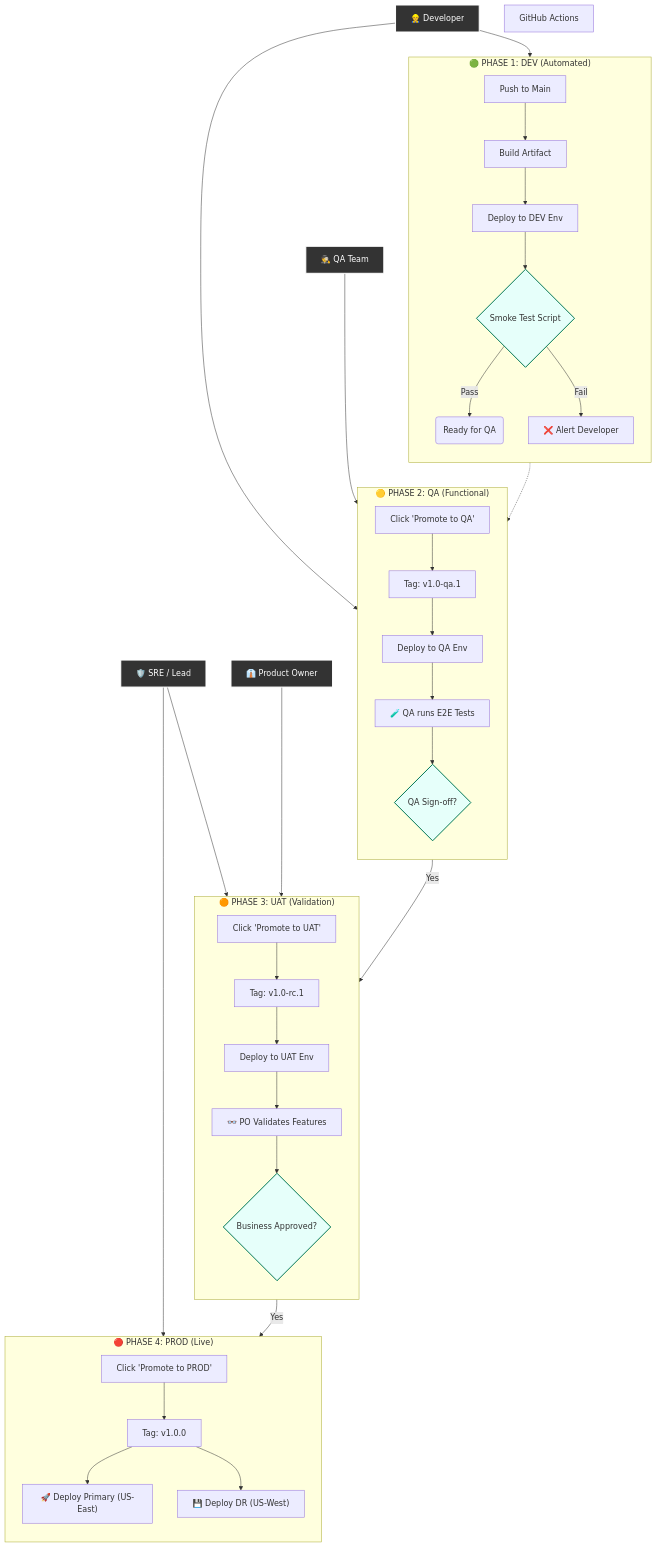
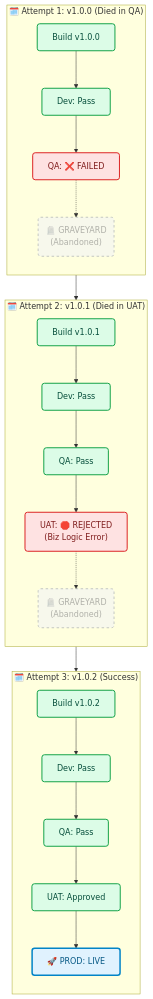
Before and after one commit to adrian-cabrera-wizeline/aws-lambda-template: the fourth of 4 diagrams in README.md, drawn with Mermaid. The commit also changed other lines of this file, not shown here.

Commit message:
chore: updated readme with new diagrams for CI/CD workflows

````diff
--- a/README.md
+++ b/README.md
@@ -594,77 +754,50 @@
 ```mermaid
+
 flowchart TD
-    %% --- ACTORS ---
-    Dev[👷 Developer]
-    QA_Team[🕵️ QA Team]
-    PO[👔 Product Owner]
-    SRE[🛡️ SRE / Lead]
-    
-    %% --- SYSTEMS ---
-    GH[GitHub Actions]
-    
     %% ==========================================
-    %% PHASE 1: DEVELOPMENT (Integration)
+    %% STYLING
     %% ==========================================
-    subgraph PHASE_DEV ["🟢 PHASE 1: DEV (Automated)"]
+    classDef success fill:#dcfce7,stroke:#16a34a,stroke-width:2px,color:#064e3b,rx:5,ry:5;
+    classDef fail fill:#fee2e2,stroke:#dc2626,stroke-width:2px,color:#7f1d1d,rx:5,ry:5;
+    classDef active fill:#e0f2fe,stroke:#0284c7,stroke-width:3px,color:#075985,rx:5,ry:5;
+    classDef dead opacity:0.6,fill:#f3f4f6,stroke:#9ca3af,stroke-width:2px,stroke-dasharray: 5 5;
+
+    %% ==========================================
+    %% ATTEMPT 1
+    %% ==========================================
+    subgraph V1 ["🗓️ Attempt 1: v1.0.0 (Died in QA)"]
         direction TB
-        Push["Push to Main"] --> Build["Build Artifact"]
-        Build --> DeployDev["Deploy to DEV Env"]
-        DeployDev --> Verify{"Smoke Test Script"}
-        Verify -- Pass --> ReadyQA("Ready for QA")
-        Verify -- Fail --> AlertDev["❌ Alert Developer"]
+        B1[Build v1.0.0]:::success --> D1[Dev: Pass]:::success
+        D1 --> Q1["QA: ❌ FAILED"]:::fail
+        Q1 -.-> G1("🪦 GRAVEYARD
+        (Abandoned)"):::dead
     end
 
     %% ==========================================
-    %% PHASE 2: QA (Functional Testing)
+    %% ATTEMPT 2
     %% ==========================================
-    subgraph PHASE_QA ["🟡 PHASE 2: QA (Functional)"]
+    subgraph V2 ["🗓️ Attempt 2: v1.0.1 (Died in UAT)"]
         direction TB
-        ClickQA["Click 'Promote to QA'"] --> TagQA["Tag: v1.0-qa.1"]
-        TagQA --> DeployQA["Deploy to QA Env"]
-        DeployQA --> RunE2E["🧪 QA runs E2E Tests"]
-        RunE2E --> QASignOff{"QA Sign-off?"}
+        B2[Build v1.0.1]:::success --> D2[Dev: Pass]:::success
+        D2 --> Q2[QA: Pass]:::success
+        Q2 --> U2["UAT: 🛑 REJECTED
+        (Biz Logic Error)"]:::fail
+        U2 -.-> G2("🪦 GRAVEYARD
+        (Abandoned)"):::dead
     end
 
     %% ==========================================
-    %% PHASE 3: UAT (Business Validation)
+    %% ATTEMPT 3
     %% ==========================================
-    subgraph PHASE_UAT ["🟠 PHASE 3: UAT (Validation)"]
+    subgraph V3 ["🗓️ Attempt 3: v1.0.2 (Success)"]
         direction TB
-        ClickUAT["Click 'Promote to UAT'"] --> TagRC["Tag: v1.0-rc.1"]
-        TagRC --> DeployUAT["Deploy to UAT Env"]
-        DeployUAT --> ManualCheck["👓 PO Validates Features"]
-        ManualCheck --> BizSignOff{"Business Approved?"}
+        B3[Build v1.0.2]:::success --> D3[Dev: Pass]:::success
+        D3 --> Q3[QA: Pass]:::success
+        Q3 --> U3[UAT: Approved]:::success
+        U3 --> P3["🚀 PROD: LIVE"]:::active
     end
 
-    %% ==========================================
-    %% PHASE 4: PRODUCTION (Delivery)
-    %% ==========================================
-    subgraph PHASE_PROD ["🔴 PHASE 4: PROD (Live)"]
-        direction TB
-        ClickProd["Click 'Promote to PROD'"] --> TagClean["Tag: v1.0.0"]
-        TagClean --> DeployPrimary["🚀 Deploy Primary (US-East)"]
-        TagClean --> DeployDR["💾 Deploy DR (US-West)"]
-    end
-
-    %% --- CONNECTIONS BETWEEN PHASES ---
-    Dev --> Push
-    
-    ReadyQA -.-> ClickQA
-    Dev --> ClickQA
-    
-    QASignOff -- Yes --> ClickUAT
-    QA_Team --> RunE2E
-    SRE --> ClickUAT
-    
-    BizSignOff -- Yes --> ClickProd
-    PO --> ManualCheck
-    SRE --> ClickProd
-
-    %% --- STYLING ---
-    classDef actor fill:#333,stroke:#fff,stroke-width:2px,color:#fff;
-    classDef pass fill:#e6fffa,stroke:#047857,stroke-width:2px;
-    
-    class Dev,QA_Team,PO,SRE actor;
-    class Verify,QASignOff,BizSignOff pass;
+    %% Connect the attempts to show sequence
+    V1 --> V2 --> V3
 
 ```
````
